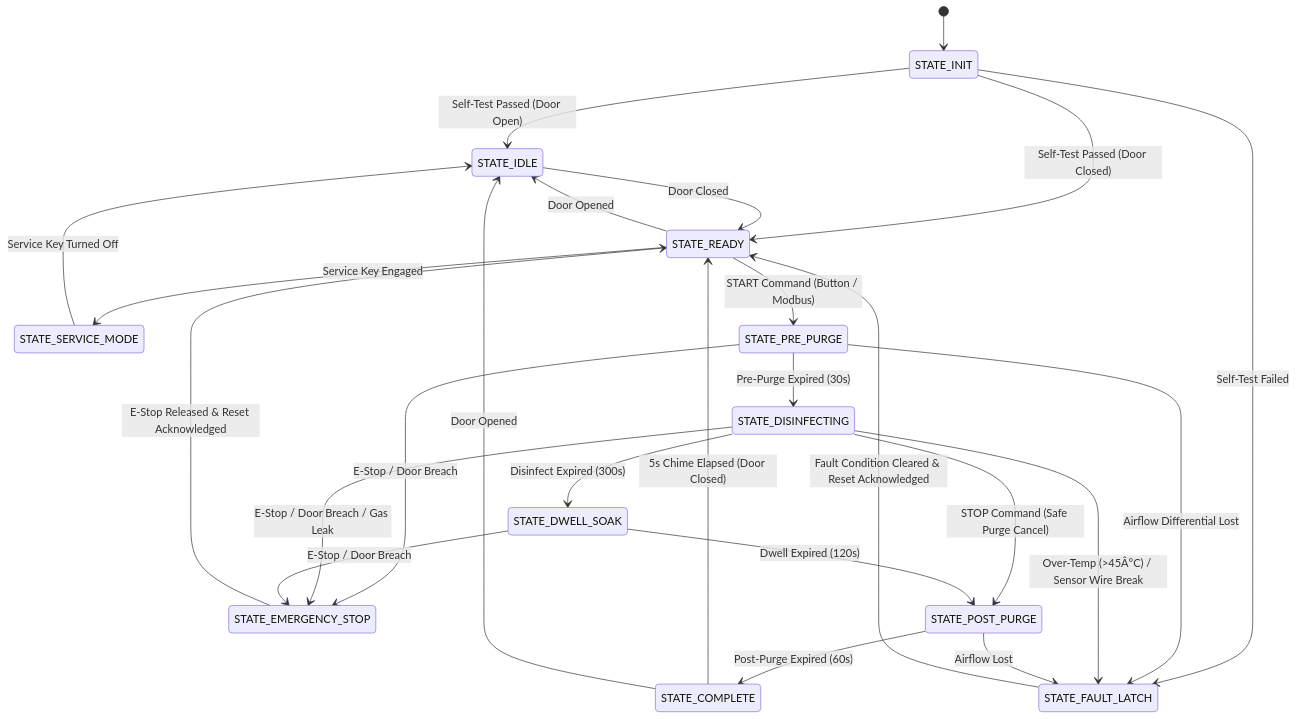
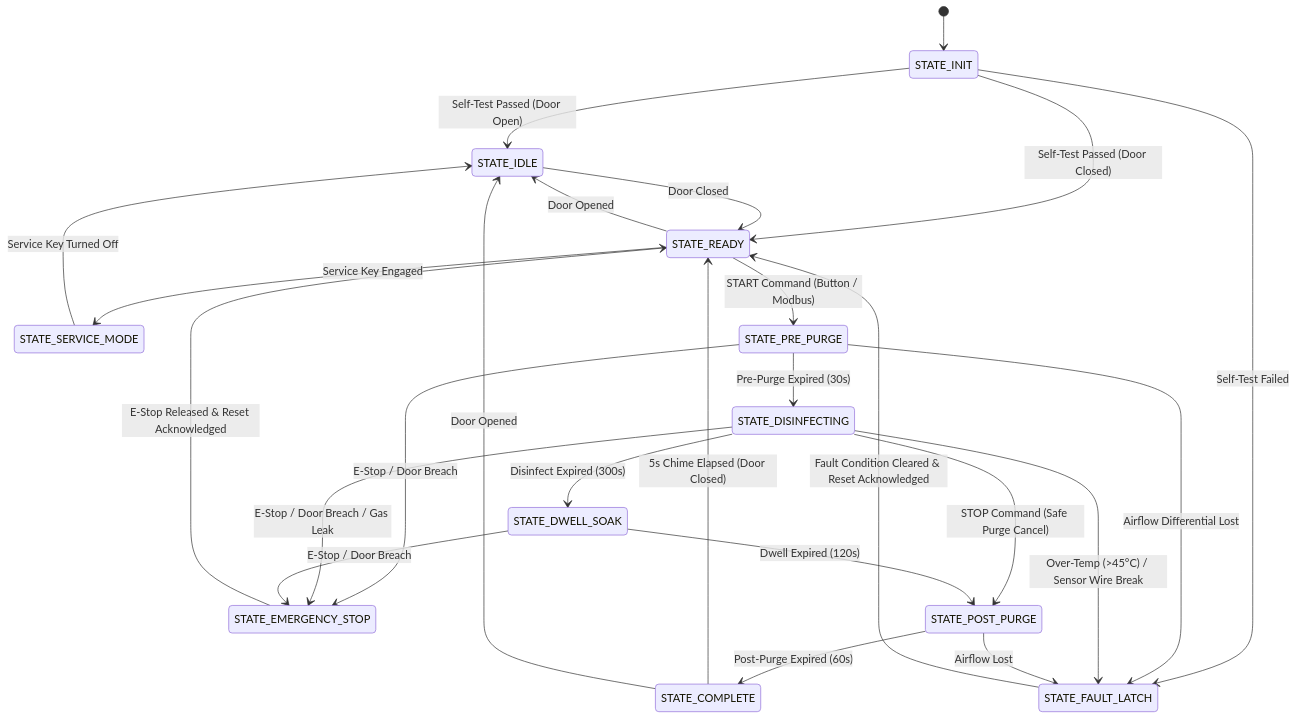
The second of 3 diagrams in README.md (sherifred-singh/smart-industrial-disinfection-controller), drawn with Mermaid before and after one commit. The commit also changed other lines of this file, not shown here.

````diff
--- a/README.md
+++ b/README.md
@@ -104,35 +104,35 @@
 ```mermaid
 stateDiagram-v2
     [*] --> STATE_INIT
     STATE_INIT --> STATE_IDLE: Self-Test Passed (Door Open)
     STATE_INIT --> STATE_READY: Self-Test Passed (Door Closed)
     STATE_INIT --> STATE_FAULT_LATCH: Self-Test Failed
 
     STATE_IDLE --> STATE_READY: Door Closed
     STATE_READY --> STATE_IDLE: Door Opened
     STATE_READY --> STATE_SERVICE_MODE: Service Key Engaged
 
     STATE_READY --> STATE_PRE_PURGE: START Command (Button / Modbus)
 
     STATE_PRE_PURGE --> STATE_DISINFECTING: Pre-Purge Expired (30s)
     STATE_PRE_PURGE --> STATE_FAULT_LATCH: Airflow Differential Lost
     STATE_PRE_PURGE --> STATE_EMERGENCY_STOP: E-Stop / Door Breach
 
     STATE_DISINFECTING --> STATE_DWELL_SOAK: Disinfect Expired (300s)
     STATE_DISINFECTING --> STATE_EMERGENCY_STOP: E-Stop / Door Breach / Gas Leak
-    STATE_DISINFECTING --> STATE_FAULT_LATCH: Over-Temp (>45Â°C) / Sensor Wire Break
+    STATE_DISINFECTING --> STATE_FAULT_LATCH: Over-Temp (>45°C) / Sensor Wire Break
     STATE_DISINFECTING --> STATE_POST_PURGE: STOP Command (Safe Purge Cancel)
 
     STATE_DWELL_SOAK --> STATE_POST_PURGE: Dwell Expired (120s)
     STATE_DWELL_SOAK --> STATE_EMERGENCY_STOP: E-Stop / Door Breach
 
     STATE_POST_PURGE --> STATE_COMPLETE: Post-Purge Expired (60s)
     STATE_POST_PURGE --> STATE_FAULT_LATCH: Airflow Lost
 
     STATE_COMPLETE --> STATE_READY: 5s Chime Elapsed (Door Closed)
     STATE_COMPLETE --> STATE_IDLE: Door Opened
 
     STATE_EMERGENCY_STOP --> STATE_READY: E-Stop Released & Reset Acknowledged
     STATE_FAULT_LATCH --> STATE_READY: Fault Condition Cleared & Reset Acknowledged
     STATE_SERVICE_MODE --> STATE_IDLE: Service Key Turned Off
 ```
````
